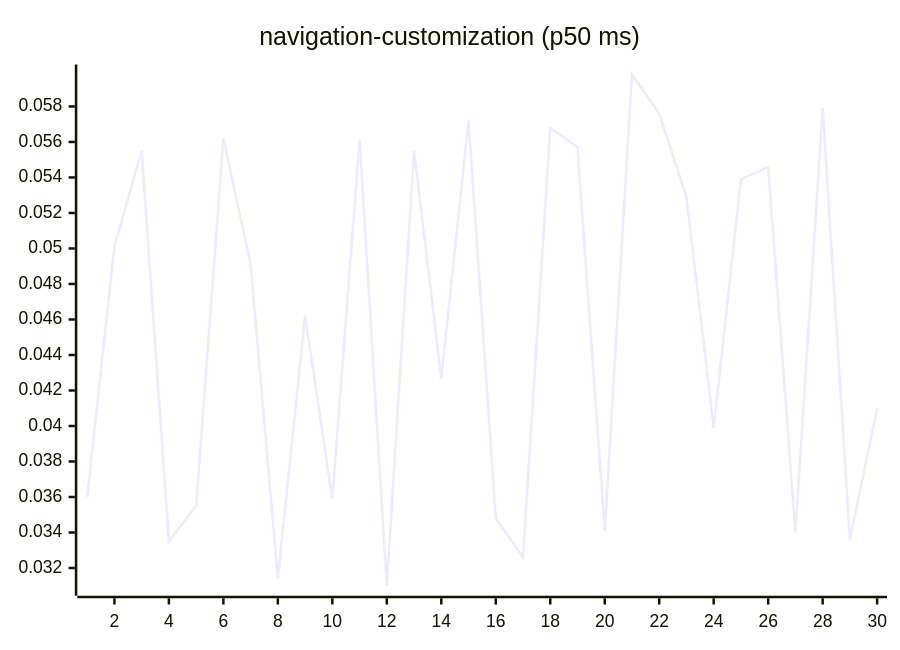
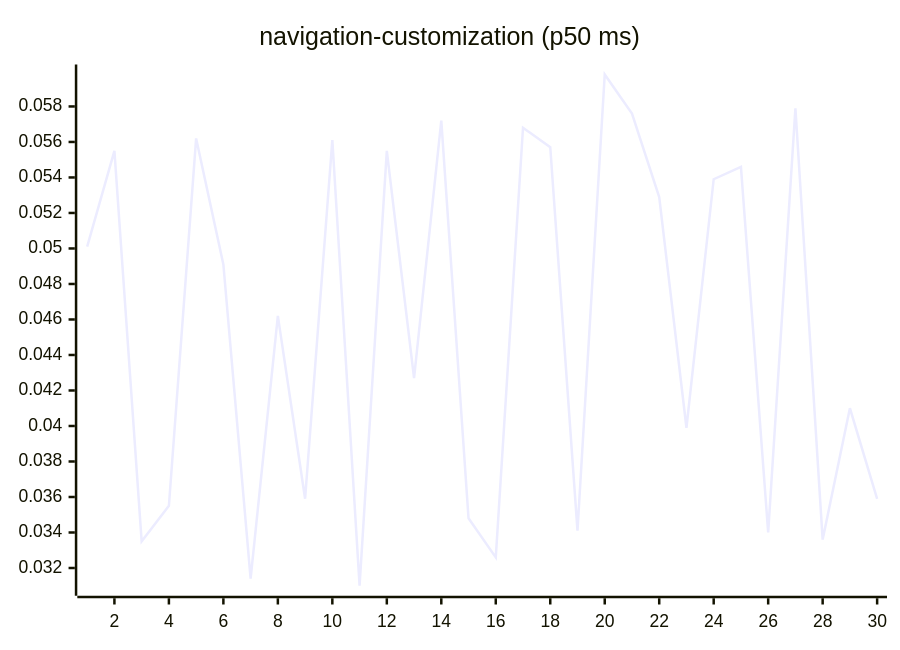
One commit to josha/Facet changed diagram 15 of 27 in README.md. Above: the diagram before and after it, drawn with Mermaid. The commit also changed other lines of this file and 2 other files, not shown here.

````diff
--- a/README.md
+++ b/README.md
@@ -161,6 +161,6 @@
 ```mermaid
 xychart-beta
     title "navigation-customization (p50 ms)"
     x-axis 1 --> 30
-    line [0.0360, 0.0501, 0.0555, 0.0335, 0.0355, 0.0562, 0.0491, 0.0314, 0.0462, 0.0359, 0.0561, 0.0310, 0.0555, 0.0427, 0.0572, 0.0348, 0.0326, 0.0568, 0.0557, 0.0341, 0.0598, 0.0576, 0.0529, 0.0399, 0.0539, 0.0546, 0.0340, 0.0579, 0.0336, 0.0410]
+    line [0.0501, 0.0555, 0.0335, 0.0355, 0.0562, 0.0491, 0.0314, 0.0462, 0.0359, 0.0561, 0.0310, 0.0555, 0.0427, 0.0572, 0.0348, 0.0326, 0.0568, 0.0557, 0.0341, 0.0598, 0.0576, 0.0529, 0.0399, 0.0539, 0.0546, 0.0340, 0.0579, 0.0336, 0.0410, 0.0359]
 ```
````
